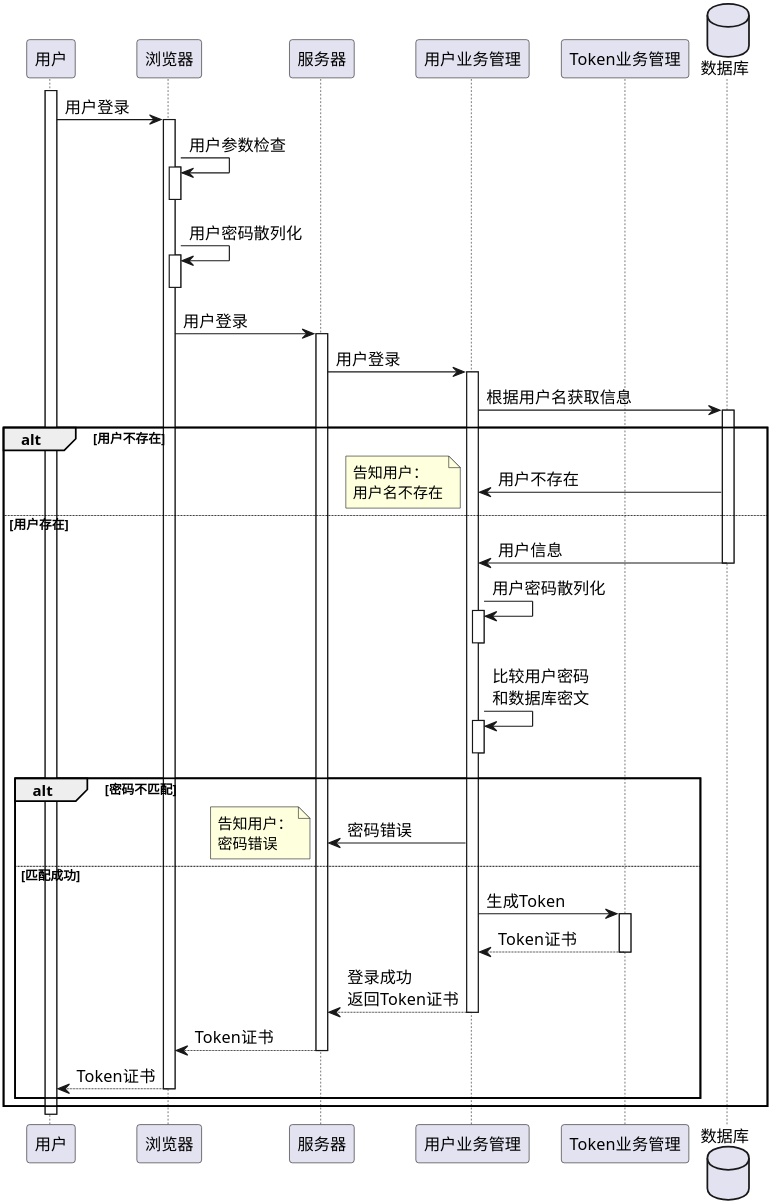
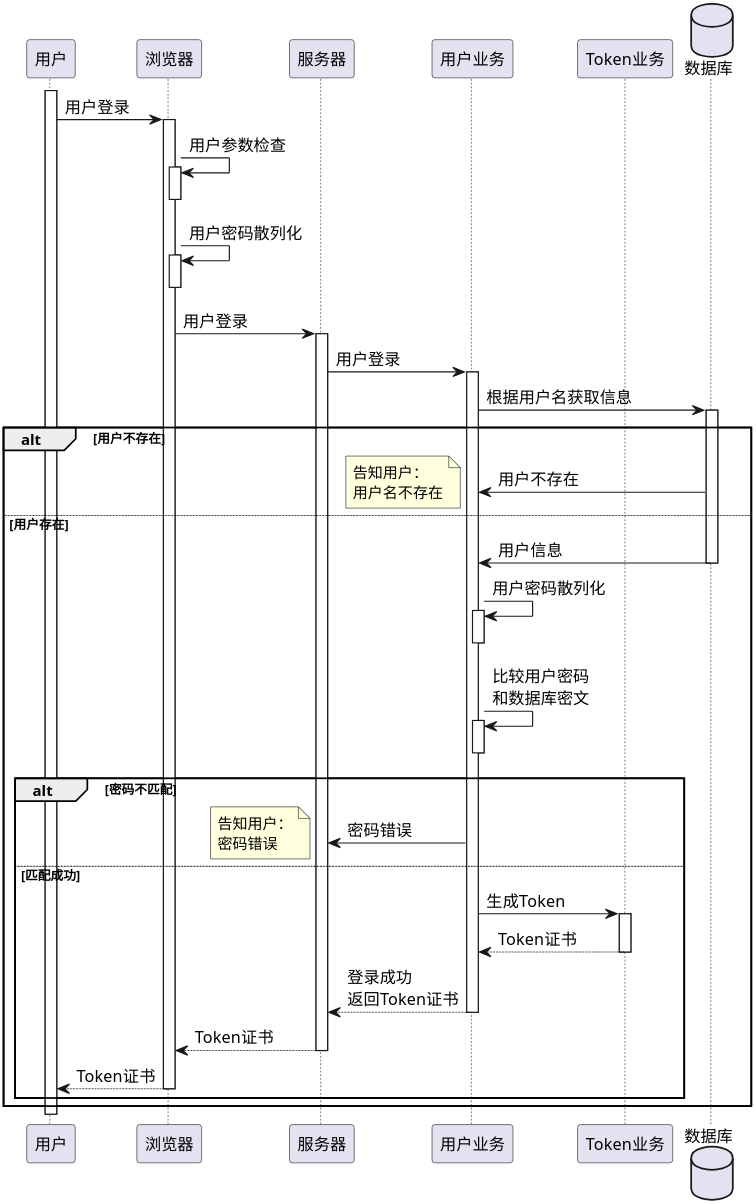
Before and after one commit to Etherealss/AskAnswer: the diagram in uml/时序图/user/登录.puml, drawn with PlantUML. The commit also changed 9 other files, not shown here.

```diff
--- a/uml/时序图/user/登录.puml
+++ b/uml/时序图/user/登录.puml
@@ -1,47 +1,47 @@
 @startuml
 'https://plantuml.com/sequence-diagram
 skinparam shadowing false
 skinparam defaultFontName xfonts-wqy
 skinparam defaultFontName times
 skinparam dpi 300
 skinparam activity  {
     DiamondFontSize 14
     ArrowFontSize 14
     FontSize 14
 }
 
 participant 用户 as User
 participant 浏览器 as Browser
 participant 服务器 as Server
-participant 用户业务管理 as UserService
-participant Token业务管理 as TokenService
+participant 用户业务 as UserService
+participant Token业务 as TokenService
 database 数据库 as DB
 
 activate User
 User -> Browser ++: 用户登录
 Browser -> Browser ++--: 用户参数检查
 Browser -> Browser ++--: 用户密码散列化
 Browser -> Server ++ : 用户登录
 Server -> UserService ++: 用户登录
 UserService -> DB ++: 根据用户名获取信息
 alt 用户不存在
     UserService <- DB: 用户不存在
 note left: 告知用户：\n用户名不存在
 else 用户存在
     UserService <- DB --: 用户信息
     UserService -> UserService++--: 用户密码散列化
     UserService -> UserService++--: 比较用户密码\n和数据库密文
     alt 密码不匹配
         Server <- UserService : 密码错误
         note left: 告知用户：\n密码错误
     else 匹配成功
         UserService -> TokenService ++: 生成Token
         return Token证书
         return 登录成功\n返回Token证书
         return Token证书
         return Token证书
     end
 end
 deactivate User
 
 @enduml
```
